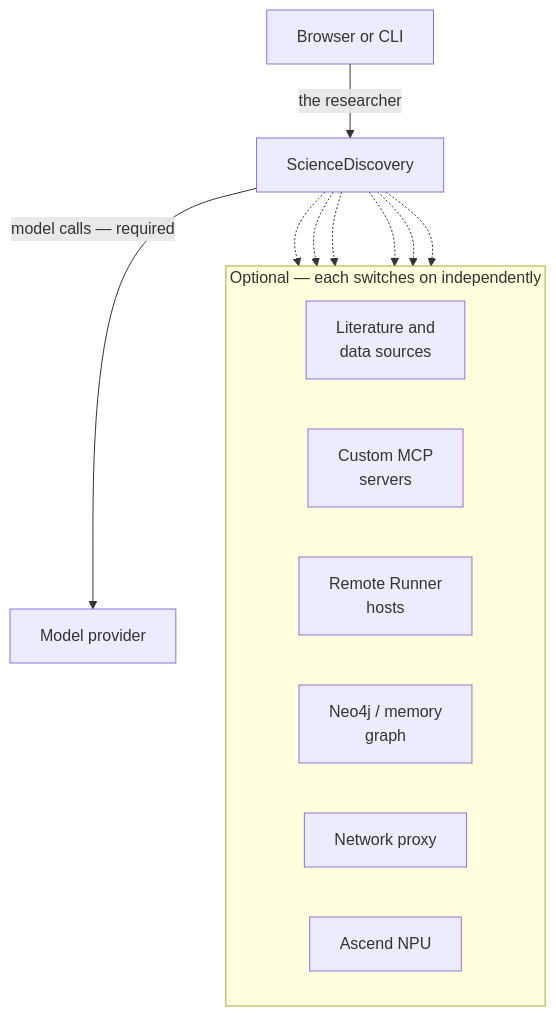
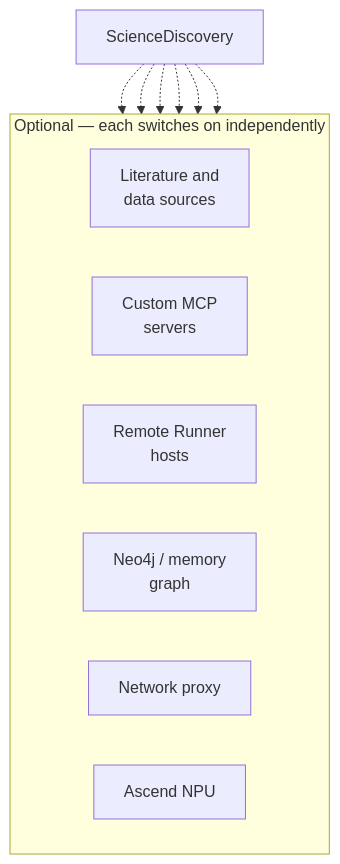
The second of 4 diagrams in company/sciencediscovery/overview.md (michaelatamuk/agentic-desk), drawn with Mermaid before and after one commit. The commit also changed other lines of this file, not shown here.

Commit message:
docs(company): focus ScienceDiscovery external diagram on optional parts

````diff
--- a/company/sciencediscovery/overview.md
+++ b/company/sciencediscovery/overview.md
@@ -72,22 +73,21 @@
 ```mermaid
 flowchart TD
-  C["Browser or CLI"] -->|"the researcher"| SD["ScienceDiscovery"]
-  SD -->|"model calls — required"| MP["Model provider"]
+  SD["ScienceDiscovery"]
 
   subgraph OPT["Optional — each switches on independently"]
     direction LR
     L["Literature and<br/>data sources"]
     M["Custom MCP<br/>servers"]
     R["Remote Runner<br/>hosts"]
     N["Neo4j / memory<br/>graph"]
     P["Network proxy"]
     NPU["Ascend NPU"]
   end
 
   SD -.-> L
   SD -.-> M
   SD -.-> R
   SD -.-> N
   SD -.-> P
   SD -.-> NPU
 ```
````
